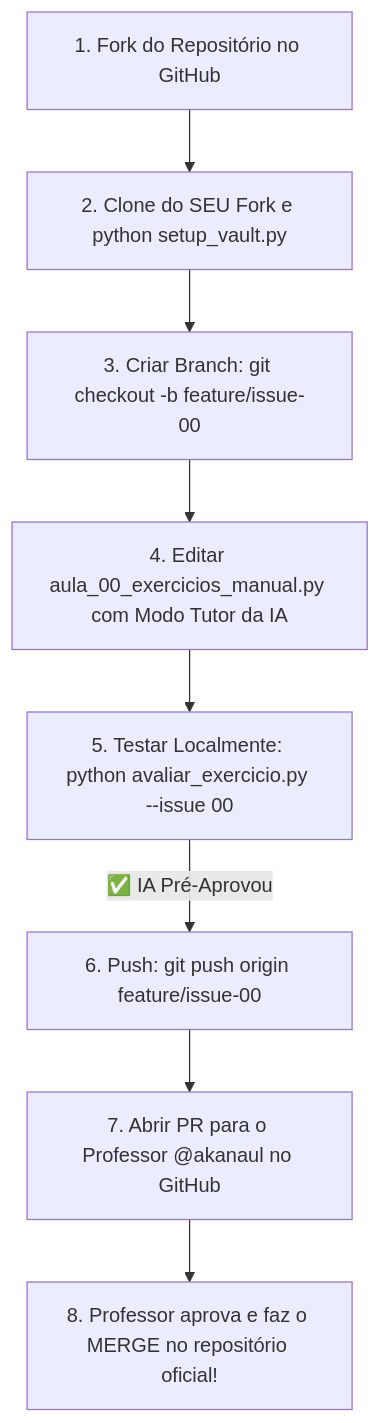
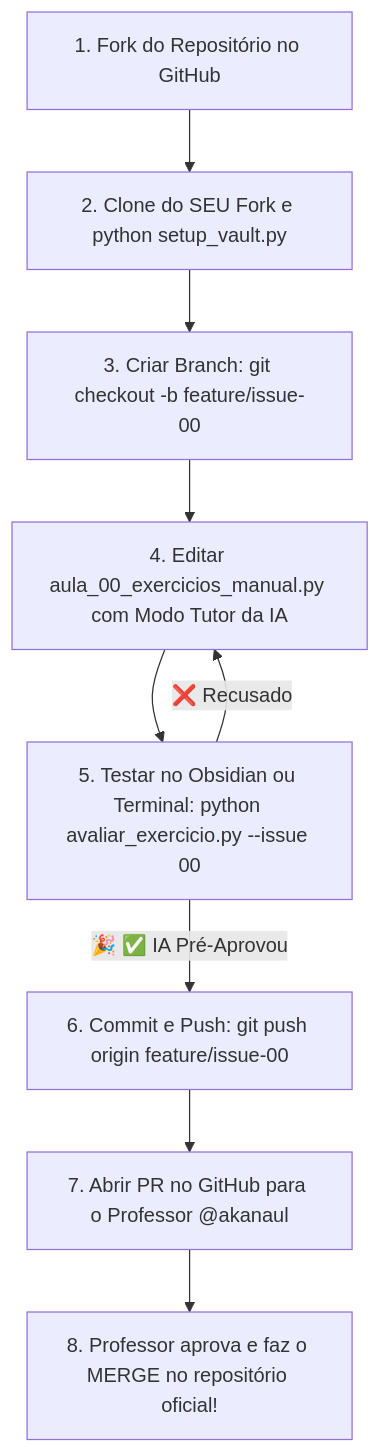
The diagram in 01_fundamentos/Aula 00 - Mindset Vibe Coding Etico/Aula 00 - Mindset Vibe Coding Etico e Copilotos.md (akanaul/Python-Aulas), drawn with Mermaid before and after one commit. The commit also changed other lines of this file and 3 other files, not shown here.

````diff
--- a/01_fundamentos/Aula 00 - Mindset Vibe Coding Etico/Aula 00 - Mindset Vibe Coding Etico e Copilotos.md
+++ b/01_fundamentos/Aula 00 - Mindset Vibe Coding Etico/Aula 00 - Mindset Vibe Coding Etico e Copilotos.md
@@ -59,10 +76,11 @@
 ```mermaid
 graph TD
     A[1. Fork do Repositório no GitHub] --> B[2. Clone do SEU Fork e python setup_vault.py]
     B --> C[3. Criar Branch: git checkout -b feature/issue-00]
     C --> D[4. Editar aula_00_exercicios_manual.py com Modo Tutor da IA]
-    D --> E[5. Testar Localmente: python avaliar_exercicio.py --issue 00]
-    E -->|✅ IA Pré-Aprovou| F[6. Push: git push origin feature/issue-00]
-    F --> G[7. Abrir PR para o Professor @akanaul no GitHub]
+    D --> E[5. Testar no Obsidian ou Terminal: python avaliar_exercicio.py --issue 00]
+    E -->|❌ Recusado| D
+    E -->|🎉 ✅ IA Pré-Aprovou| F[6. Commit e Push: git push origin feature/issue-00]
+    F --> G[7. Abrir PR no GitHub para o Professor @akanaul]
     G --> H[8. Professor aprova e faz o MERGE no repositório oficial!]
 ```
````
